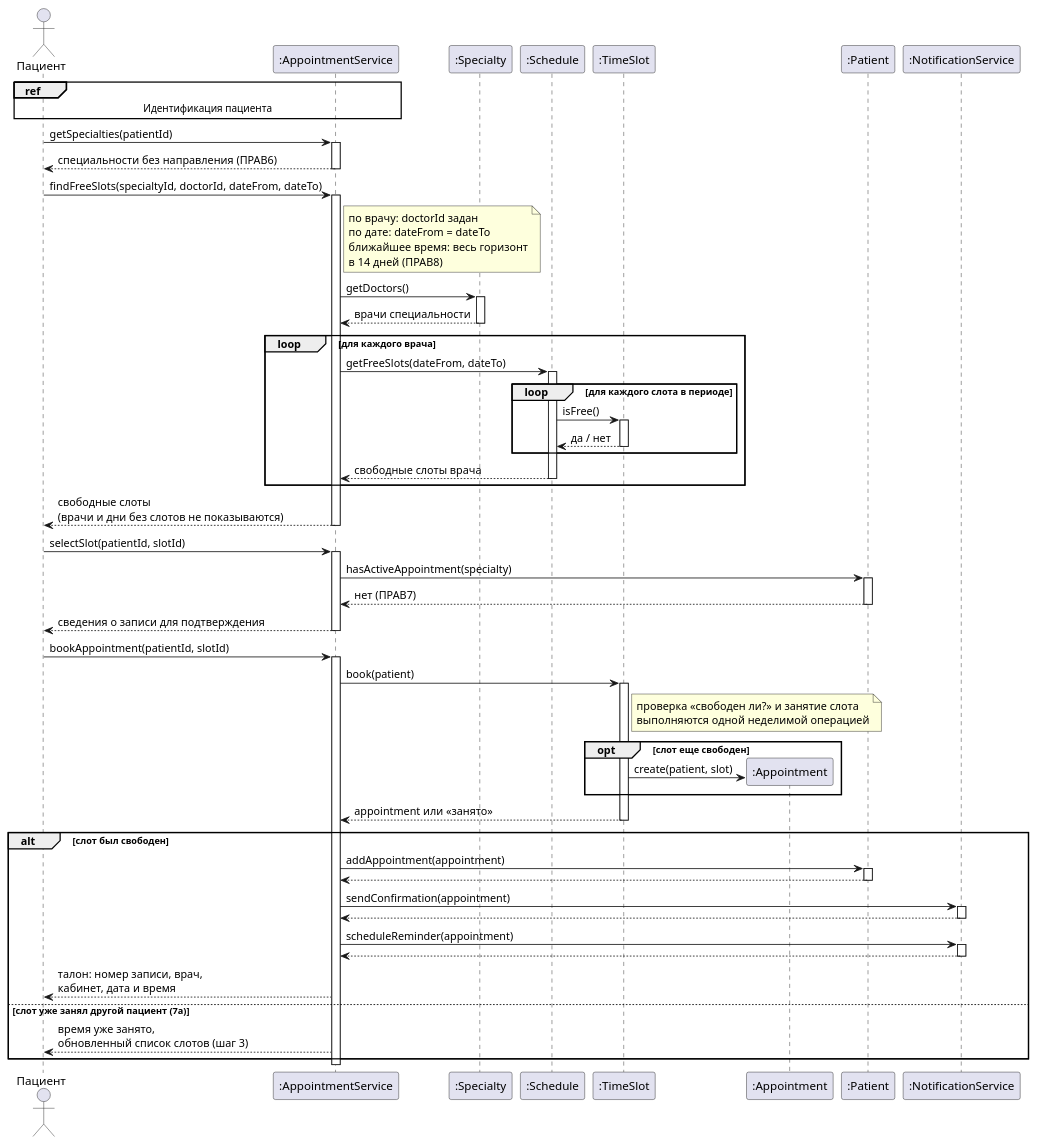
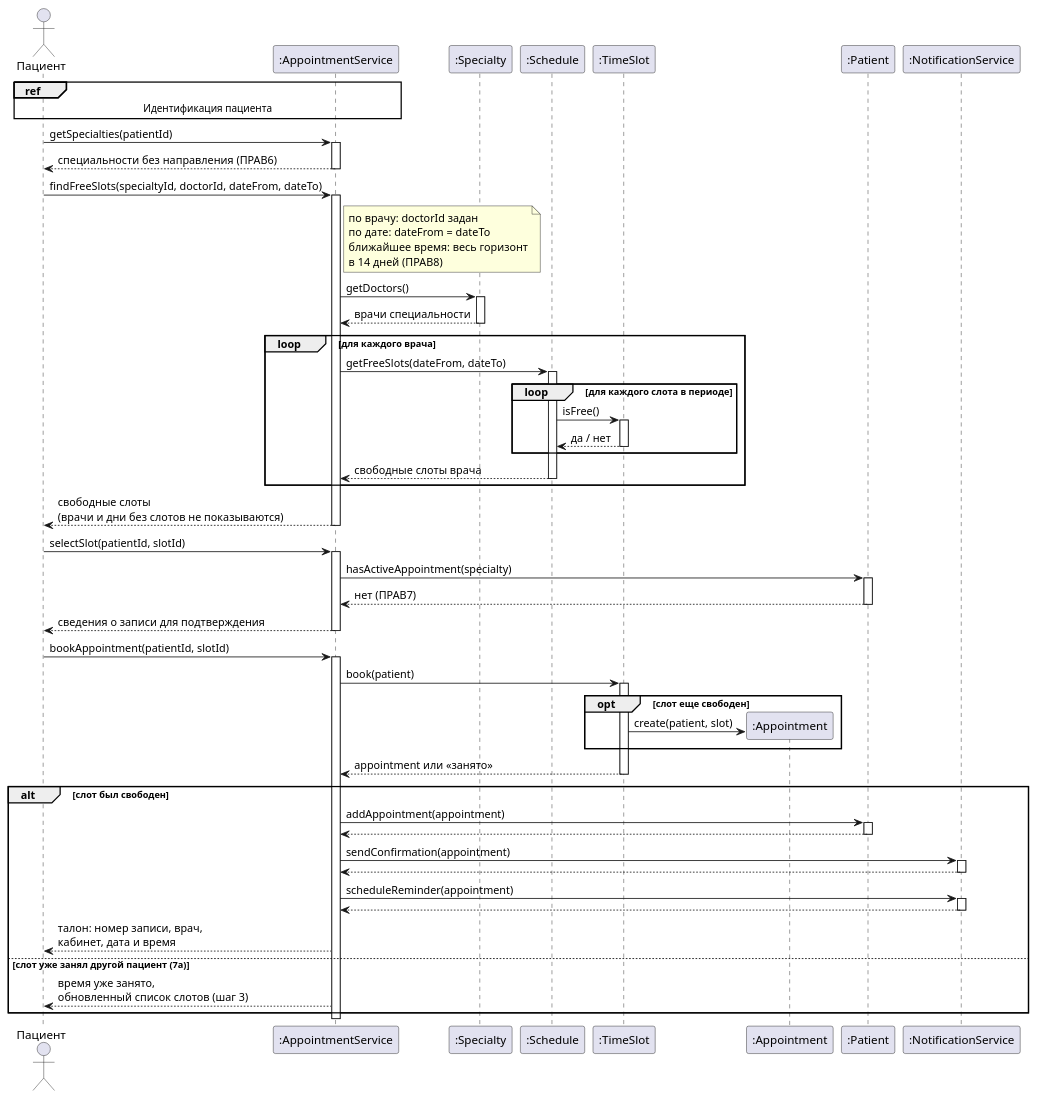
Before and after one commit to penamarth/bsbo-11-24_team3_var3_clinic: the diagram in Прецеденты/Запись на прием/Диаграмма последовательности Запись на прием.md, drawn with PlantUML.

Commit message:
no need in this note

````diff
--- a/Прецеденты/Запись на прием/Диаграмма последовательности Запись на прием.md
+++ b/Прецеденты/Запись на прием/Диаграмма последовательности Запись на прием.md
@@ -5,65 +5,61 @@
 ```plantuml
 @startuml
 actor Пациент
 participant ":AppointmentService" as S
 participant ":Specialty" as Sp
 participant ":Schedule" as Sch
 participant ":TimeSlot" as Slot
 participant ":Appointment" as A
 participant ":Patient" as P
 participant ":NotificationService" as N
 
 ref over Пациент, S : Идентификация пациента
 
 Пациент -> S ++ : getSpecialties(patientId)
 S --> Пациент -- : специальности без направления (ПРАВ6)
 
 Пациент -> S ++ : findFreeSlots(specialtyId, doctorId, dateFrom, dateTo)
 note right of S
   по врачу: doctorId задан
   по дате: dateFrom = dateTo
   ближайшее время: весь горизонт
   в 14 дней (ПРАВ8)
 end note
 S -> Sp ++ : getDoctors()
 Sp --> S -- : врачи специальности
 loop для каждого врача
   S -> Sch ++ : getFreeSlots(dateFrom, dateTo)
   loop для каждого слота в периоде
     Sch -> Slot ++ : isFree()
     Slot --> Sch -- : да / нет
   end
   Sch --> S -- : свободные слоты врача
 end
 S --> Пациент -- : свободные слоты\n(врачи и дни без слотов не показываются)
 
 Пациент -> S ++ : selectSlot(patientId, slotId)
 S -> P ++ : hasActiveAppointment(specialty)
 P --> S -- : нет (ПРАВ7)
 S --> Пациент -- : сведения о записи для подтверждения
 
 Пациент -> S ++ : bookAppointment(patientId, slotId)
 S -> Slot ++ : book(patient)
-note right of Slot
-  проверка «свободен ли?» и занятие слота
-  выполняются одной неделимой операцией
-end note
 opt слот еще свободен
   Slot -> A ** : create(patient, slot)
 end
 Slot --> S -- : appointment или «занято»
 alt слот был свободен
   S -> P ++ : addAppointment(appointment)
   P --> S --
   S -> N ++ : sendConfirmation(appointment)
   N --> S --
   S -> N ++ : scheduleReminder(appointment)
   N --> S --
   S --> Пациент : талон: номер записи, врач,\nкабинет, дата и время
 else слот уже занял другой пациент (7а)
   S --> Пациент : время уже занято,\nобновленный список слотов (шаг 3)
 end
 deactivate S
 
 @enduml
 ```
````
